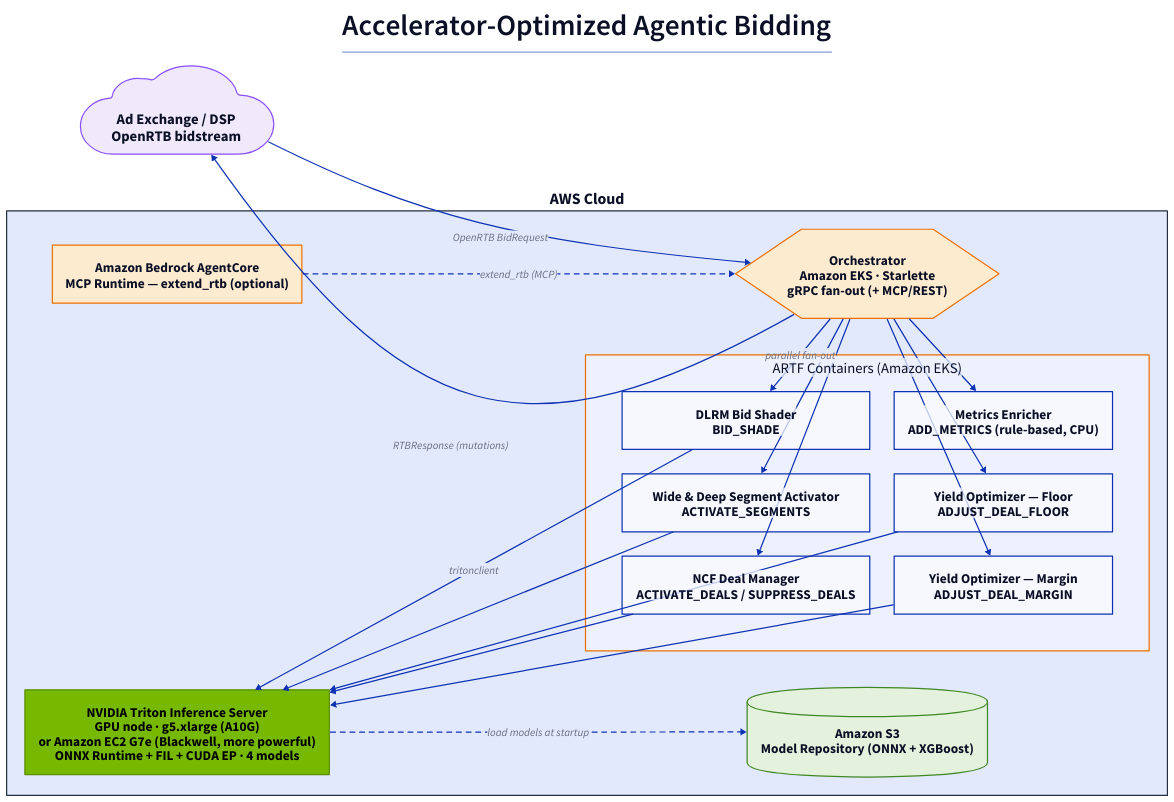
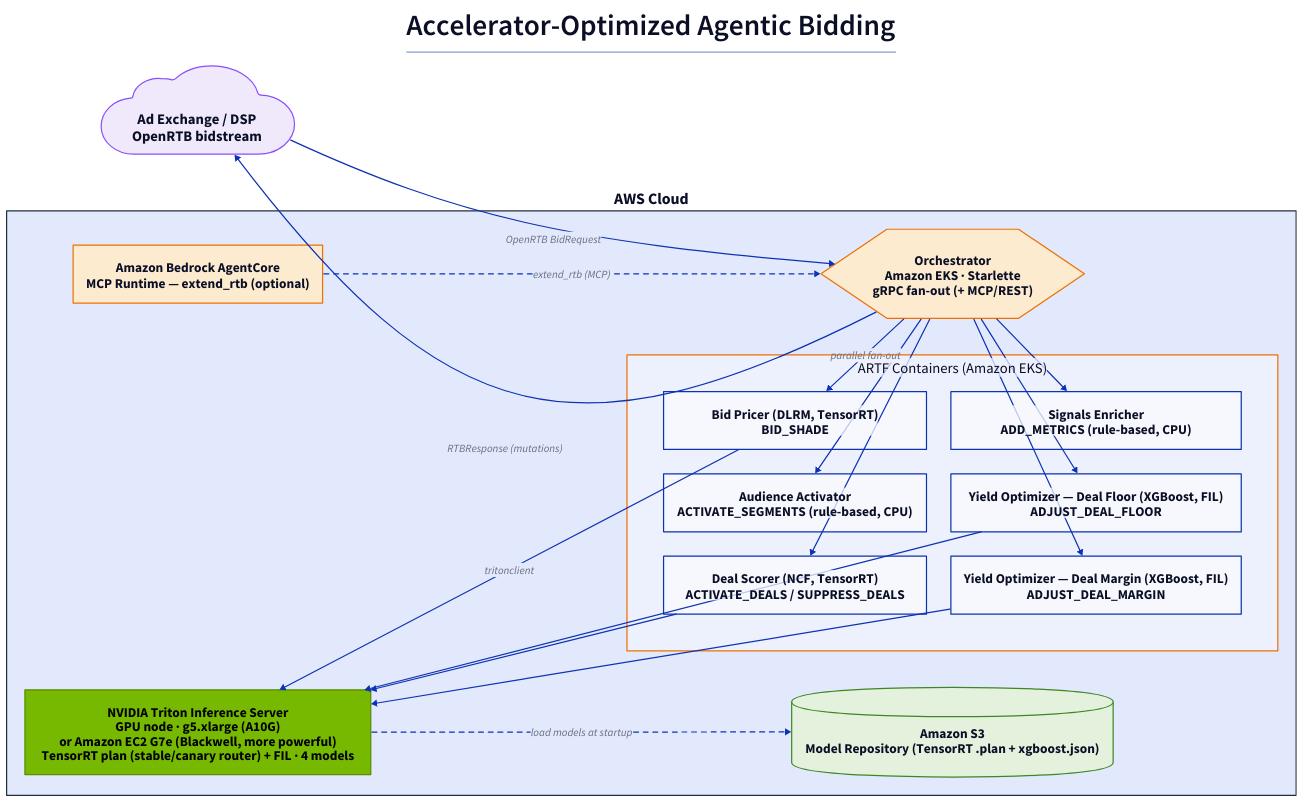
One commit to aws-solutions-library-samples/guidance-for-accelerator-optimized-agentic-bidding-on-aws changed the diagram in assets/images/architecture-part1-realtime.d2. Above: the diagram before and after it, drawn with D2. The commit also changed 148 other files, not shown here.

```diff
--- a/assets/images/architecture-part1-realtime.d2
+++ b/assets/images/architecture-part1-realtime.d2
@@ -1,94 +1,93 @@
 # Part 1 — Real-Time Agentic Bidding (live integration path)
 # Shows how the solution is invoked in a live environment: an ad exchange / DSP
 # calls the ARTF extension point directly over the bidstream. The React test
 # console and its Cognito/CloudFront auth path are intentionally omitted.
 
 direction: right
 
 # Increase font sizes everywhere for readability
 **.style.font-size: 22
 (** -> **)[*].style.font-size: 18
 
 title: |md
   # Accelerator-Optimized Agentic Bidding
 | {
   near: top-center
   style.font-size: 24
   style.bold: true
 }
 
 exchange: "Ad Exchange / DSP\nOpenRTB bidstream" {
   shape: cloud
   style.fill: "#EFE9FB"
   style.stroke: "#8C4FFF"
   style.font-size: 24
 }
 
 aws: "AWS Cloud" {
   style.stroke: "#232F3E"
   style.font-size: 26
   style.bold: true
 
   orch: "Orchestrator\nAmazon EKS · Starlette\ngRPC fan-out (+ MCP/REST)" {
     shape: hexagon
     style.fill: "#FDEBD0"
     style.stroke: "#ED7100"
     style.font-size: 22
   }
 
   containers: "ARTF Containers (Amazon EKS)" {
     style.stroke: "#ED7100"
     style.font-size: 24
     grid-columns: 2
-    dlrm: "DLRM Bid Shader\nBID_SHADE"
-    wd: "Wide & Deep Segment Activator\nACTIVATE_SEGMENTS"
-    ncf: "NCF Deal Manager\nACTIVATE_DEALS / SUPPRESS_DEALS"
-    metrics: "Metrics Enricher\nADD_METRICS (rule-based, CPU)"
-    yield_floor: "Yield Optimizer — Floor\nADJUST_DEAL_FLOOR"
-    yield_margin: "Yield Optimizer — Margin\nADJUST_DEAL_MARGIN"
+    dlrm: "Bid Pricer (DLRM, TensorRT)\nBID_SHADE"
+    wd: "Audience Activator\nACTIVATE_SEGMENTS (rule-based, CPU)"
+    ncf: "Deal Scorer (NCF, TensorRT)\nACTIVATE_DEALS / SUPPRESS_DEALS"
+    metrics: "Signals Enricher\nADD_METRICS (rule-based, CPU)"
+    yield_floor: "Yield Optimizer — Deal Floor (XGBoost, FIL)\nADJUST_DEAL_FLOOR"
+    yield_margin: "Yield Optimizer — Deal Margin (XGBoost, FIL)\nADJUST_DEAL_MARGIN"
   }
 
-  triton: "NVIDIA Triton Inference Server\nGPU node · g5.xlarge (A10G)\nor Amazon EC2 G7e (Blackwell, more powerful)\nONNX Runtime + FIL + CUDA EP · 4 models" {
+  triton: "NVIDIA Triton Inference Server\nGPU node · g5.xlarge (A10G)\nor Amazon EC2 G7e (Blackwell, more powerful)\nTensorRT plan (stable/canary router) + FIL · 4 models" {
     style.fill: "#76b900"
     style.stroke: "#5a8c00"
     style.font-color: "#000000"
     style.font-size: 22
   }
 
-  models: "Amazon S3\nModel Repository (ONNX + XGBoost)" {
+  models: "Amazon S3\nModel Repository (TensorRT .plan + xgboost.json)" {
     shape: cylinder
     style.fill: "#E4F2DD"
     style.stroke: "#3F8624"
     style.font-size: 22
   }
 
   agentcore: "Amazon Bedrock AgentCore\nMCP Runtime — extend_rtb (optional)" {
     style.fill: "#FDEBD0"
     style.stroke: "#ED7100"
     style.font-size: 22
   }
 }
 
 exchange -> aws.orch: "OpenRTB BidRequest"
 aws.orch -> exchange: "RTBResponse (mutations)"
 
 aws.orch -> aws.containers.dlrm: "parallel fan-out"
 aws.orch -> aws.containers.wd
 aws.orch -> aws.containers.ncf
 aws.orch -> aws.containers.metrics
 aws.orch -> aws.containers.yield_floor
 aws.orch -> aws.containers.yield_margin
 
 aws.containers.dlrm -> aws.triton: "tritonclient"
-aws.containers.wd -> aws.triton
 aws.containers.ncf -> aws.triton
 aws.containers.yield_floor -> aws.triton
 aws.containers.yield_margin -> aws.triton
 
 aws.triton -> aws.models: "load models at startup" {
   style.stroke-dash: 4
 }
 
 aws.agentcore -> aws.orch: "extend_rtb (MCP)" {
   style.stroke-dash: 4
 }
```
